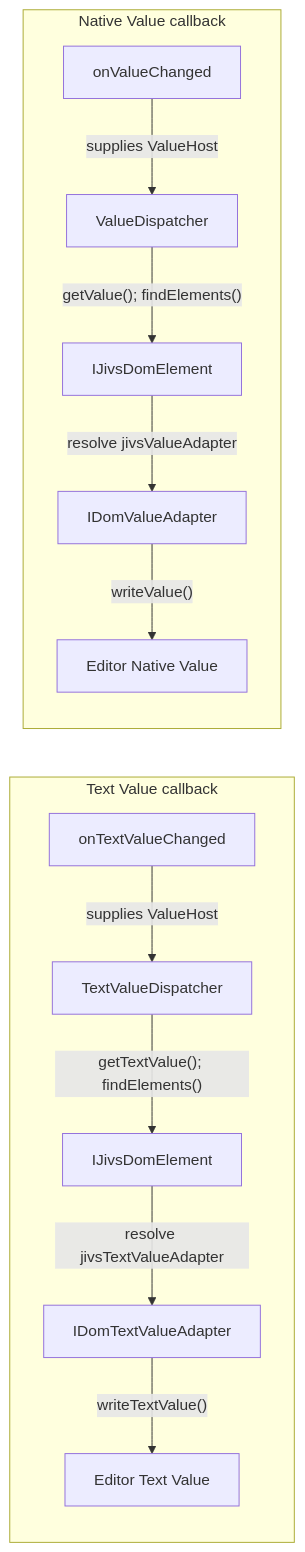
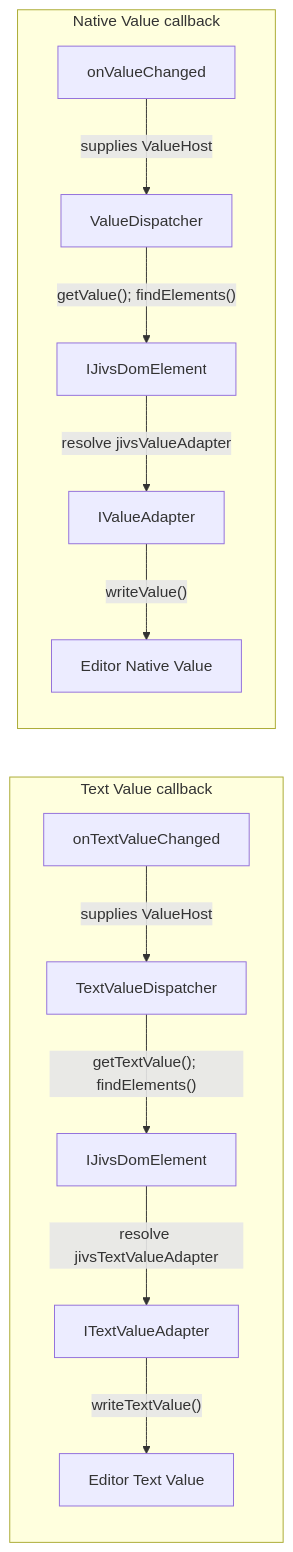
One commit to plblum/jivs changed the third of 13 diagrams in planning/Jivs-DOM_Implementation_Design.md. Above: the diagram before and after it, drawn with Mermaid. The commit also changed other lines of this file and 31 other files, not shown here.

````diff
--- a/planning/Jivs-DOM_Implementation_Design.md
+++ b/planning/Jivs-DOM_Implementation_Design.md
@@ -119,32 +119,32 @@
 ```mermaid
 flowchart LR
     subgraph TEXT["Text Value callback"]
         direction TB
 
         TEXT_CALLBACK["onTextValueChanged"]
         TEXT_DISPATCHER["TextValueDispatcher"]
         TEXT_ELEMENT["IJivsDomElement"]
-        TEXT_ADAPTER["IDomTextValueAdapter"]
+        TEXT_ADAPTER["ITextValueAdapter"]
         TEXT_EDITOR["Editor Text Value"]
 
         TEXT_CALLBACK -->|"supplies ValueHost"| TEXT_DISPATCHER
         TEXT_DISPATCHER -->|"getTextValue(); findElements()"| TEXT_ELEMENT
         TEXT_ELEMENT -->|"resolve jivsTextValueAdapter"| TEXT_ADAPTER
         TEXT_ADAPTER -->|"writeTextValue()"| TEXT_EDITOR
     end
 
     subgraph VALUE["Native Value callback"]
         direction TB
 
         VALUE_CALLBACK["onValueChanged"]
         VALUE_DISPATCHER["ValueDispatcher"]
         VALUE_ELEMENT["IJivsDomElement"]
-        VALUE_ADAPTER["IDomValueAdapter"]
+        VALUE_ADAPTER["IValueAdapter"]
         VALUE_EDITOR["Editor Native Value"]
 
         VALUE_CALLBACK -->|"supplies ValueHost"| VALUE_DISPATCHER
         VALUE_DISPATCHER -->|"getValue(); findElements()"| VALUE_ELEMENT
         VALUE_ELEMENT -->|"resolve jivsValueAdapter"| VALUE_ADAPTER
         VALUE_ADAPTER -->|"writeValue()"| VALUE_EDITOR
     end
 ```
````
